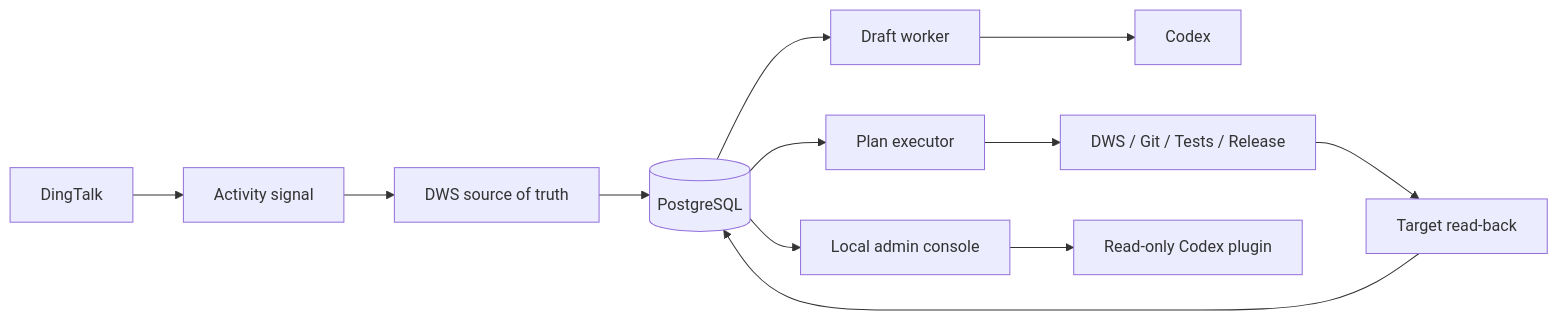
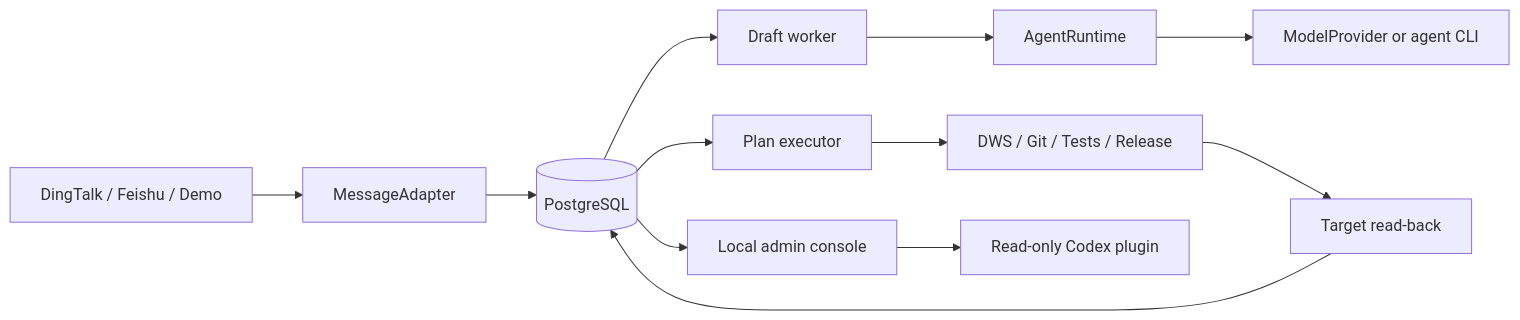
The first of 4 diagrams in docs/en/architecture.md (ruiwang20010702/ai-employee), drawn with Mermaid before and after one commit. The commit also changed other lines of this file and 96 other files, not shown here.

````diff
--- a/docs/en/architecture.md
+++ b/docs/en/architecture.md
@@ -9,14 +9,14 @@
 ```mermaid
 flowchart LR
-    DT["DingTalk"] --> SIGNAL["Activity signal"]
-    SIGNAL --> DWS["DWS source of truth"]
-    DWS --> DB[("PostgreSQL")]
+    CHANNEL["DingTalk / Feishu / Demo"] --> MESSAGE["MessageAdapter"]
+    MESSAGE --> DB[("PostgreSQL")]
     DB --> WORKER["Draft worker"]
-    WORKER --> CODEX["Codex"]
+    WORKER --> RUNTIME["AgentRuntime"]
+    RUNTIME --> PROVIDER["ModelProvider or agent CLI"]
     DB --> EXECUTOR["Plan executor"]
     EXECUTOR --> ADAPTERS["DWS / Git / Tests / Release"]
     ADAPTERS --> VERIFY["Target read-back"]
     VERIFY --> DB
     DB --> ADMIN["Local admin console"]
     ADMIN --> MCP["Read-only Codex plugin"]
 ```
````
